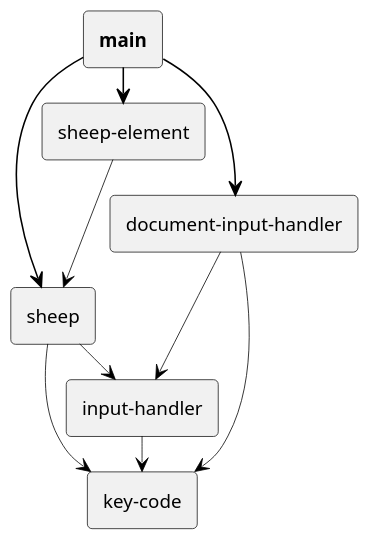
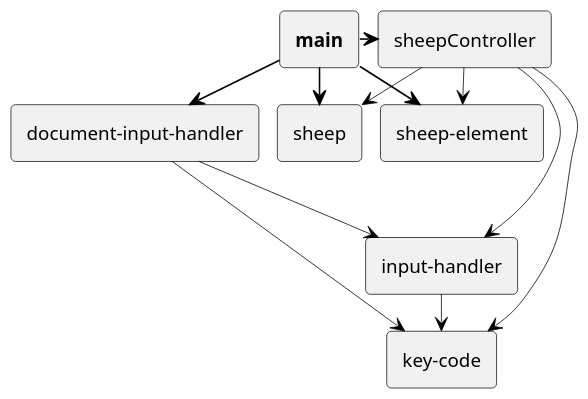
One commit to scipper/das-kleine-schaf changed the diagram in architecture/arkit.puml. Above: the diagram before and after it, drawn with PlantUML. The commit also changed 5 other files, not shown here.

Commit message:
#4 extracted sheep from sheep controller

```diff
--- a/architecture/arkit.puml
+++ b/architecture/arkit.puml
@@ -1,52 +1,55 @@
 @startuml
 
 scale max 1920 width
 top to bottom direction
 
 skinparam nodesep 12
-skinparam ranksep 23
+skinparam ranksep 24
 skinparam monochrome true
 skinparam shadowing false
 skinparam defaultFontName Tahoma
 skinparam defaultFontSize 12
 skinparam roundCorner 6
 skinparam dpi 150
 skinparam arrowColor black
 skinparam arrowThickness 0.5
 skinparam packageTitleAlignment left
 
 ' oval
 skinparam usecase {
   borderThickness 0.5
 }
 
 ' rectangle
 skinparam rectangle {
   borderThickness 0.5
 }
 
 ' component
 skinparam component {
   borderThickness 1
 }
 
 
 rectangle "document-input-handler" as _document_input_handler
 rectangle "input-handler" as _input_handler
 rectangle "key-code" as _key_code
 rectangle "<b>main</b>" as _main
 rectangle "sheep" as _sheep
 rectangle "sheep-element" as _sheep_element
+rectangle "sheepController" as _sheepController
 
 
 _document_input_handler ---> _input_handler
 _document_input_handler ---> _key_code
 _input_handler --> _key_code
 _main --[thickness=1]> _document_input_handler
 _main -[thickness=1]> _sheep
 _main --[thickness=1]> _sheep_element
-_sheep --> _input_handler
-_sheep --> _key_code
-_sheep_element ---> _sheep
+_main -[thickness=1]> _sheepController
+_sheepController --> _input_handler
+_sheepController --> _key_code
+_sheepController --> _sheep
+_sheepController --> _sheep_element
 
 @enduml
```
